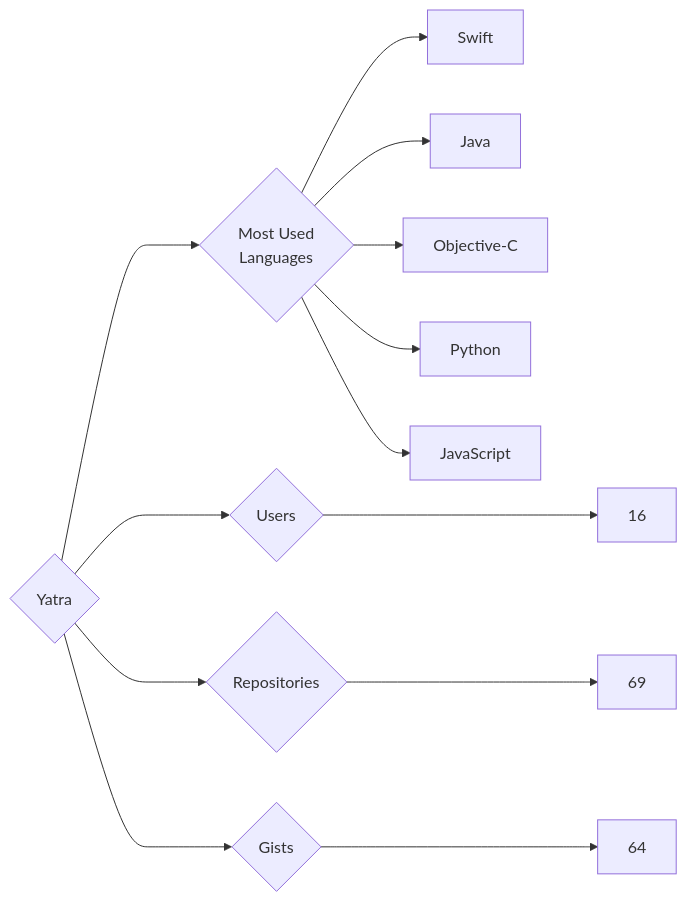
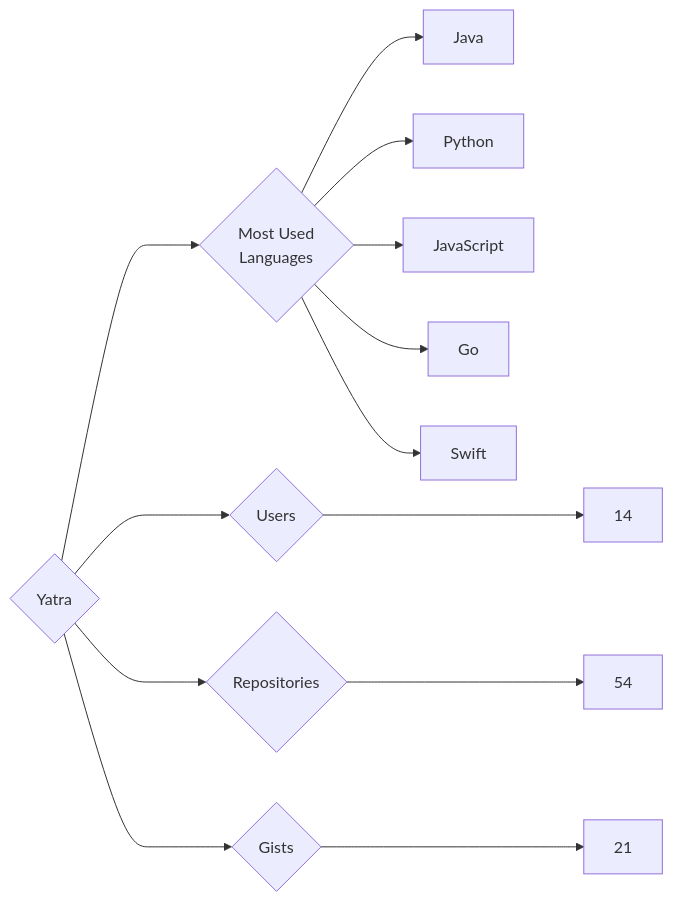
Before and after one commit to trickest/insiders: the diagram in targets/Yatra/README.md, drawn with Mermaid. The commit also changed 773 other files, not shown here.

````diff
--- a/targets/Yatra/README.md
+++ b/targets/Yatra/README.md
@@ -3,13 +3,13 @@
 ```mermaid
 graph LR
 COMPANY_NAME{Yatra}
-COMPANY_NAME ---> U{Users} ---> UN[16]
-COMPANY_NAME ---> R{Repositories} ---> RN[69]
-COMPANY_NAME ---> G{Gists} ---> GN[64]
+COMPANY_NAME ---> U{Users} ---> UN[14]
+COMPANY_NAME ---> R{Repositories} ---> RN[54]
+COMPANY_NAME ---> G{Gists} ---> GN[21]
 COMPANY_NAME ---> ML{Most Used<br>Languages}
-ML --> Swift[Swift]
 ML --> Java[Java]
-ML --> Objective-C[Objective-C]
 ML --> Python[Python]
 ML --> JavaScript[JavaScript]
+ML --> Go[Go]
+ML --> Swift[Swift]
 ```
````
